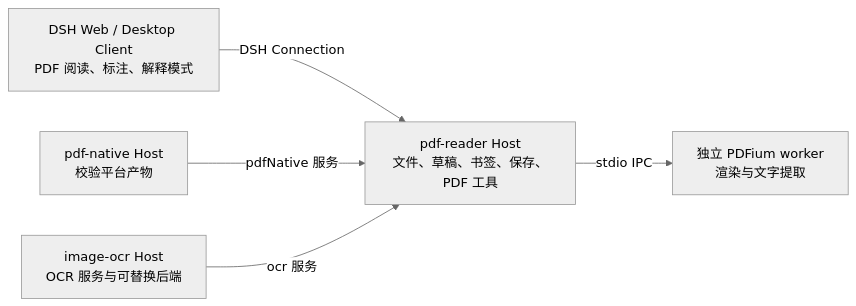
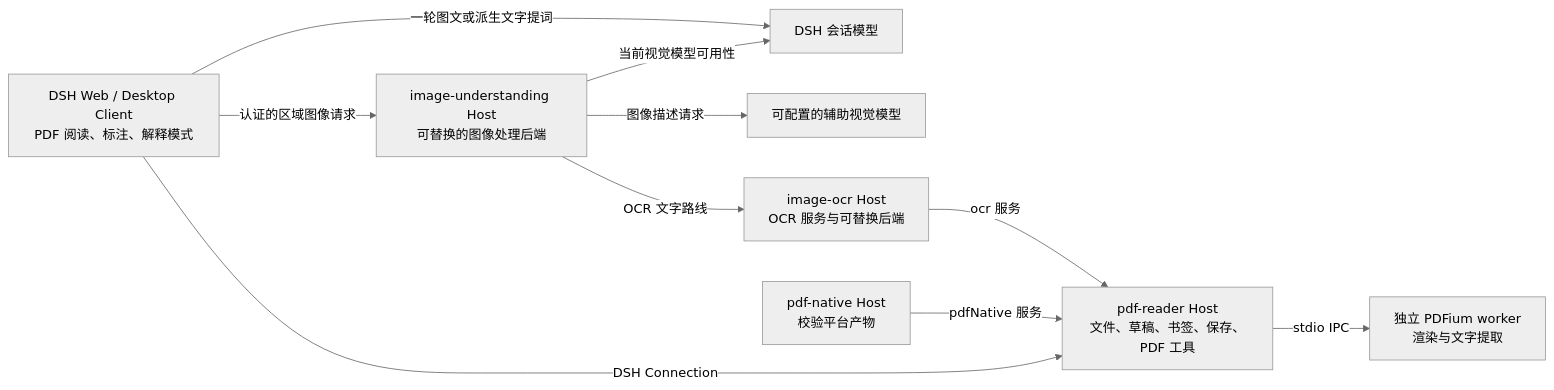
Before and after one commit to dingyiliao/dsh-bundle-pdf: the diagram in README.md, drawn with Mermaid (neutral theme). The commit also changed other lines of this file and 1 other file, not shown here.

First line of the commit message:
docs(pdf): refresh usage and architecture for new reader features

````diff
--- a/README.md
+++ b/README.md
@@ -26,7 +26,12 @@
 ```mermaid
 flowchart LR
   C["DSH Web / Desktop Client<br/>PDF 阅读、标注、解释模式"] -->|DSH Connection| H["pdf-reader Host<br/>文件、草稿、书签、保存、PDF 工具"]
+  C -->|认证的区域图像请求| I["image-understanding Host<br/>可替换的图像处理后端"]
+  I -->|当前视觉模型可用性| M["DSH 会话模型"]
+  I -->|图像描述请求| A["可配置的辅助视觉模型"]
+  I -->|OCR 文字路线| O
+  C -->|一轮图文或派生文字提词| M
   N["pdf-native Host<br/>校验平台产物"] -->|pdfNative 服务| H
   O["image-ocr Host<br/>OCR 服务与可替换后端"] -->|ocr 服务| H
   H -->|stdio IPC| W["独立 PDFium worker<br/>渲染与文字提取"]
 ```
````
